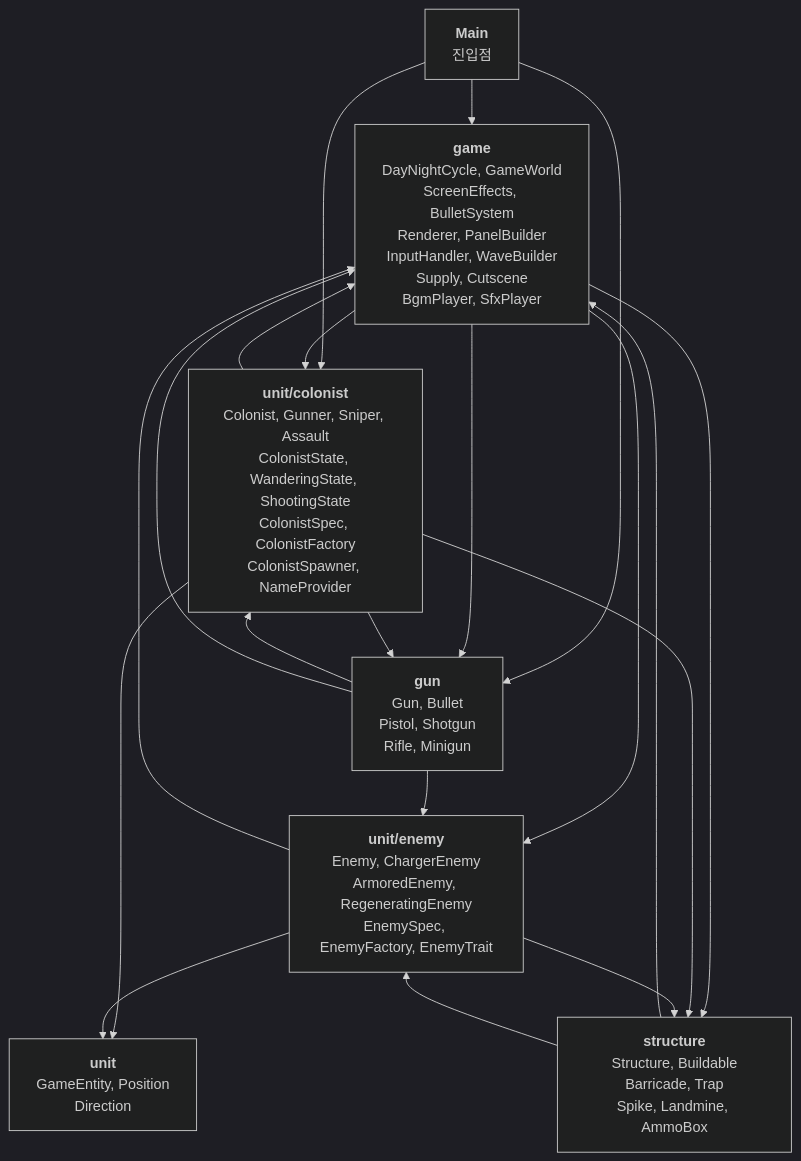
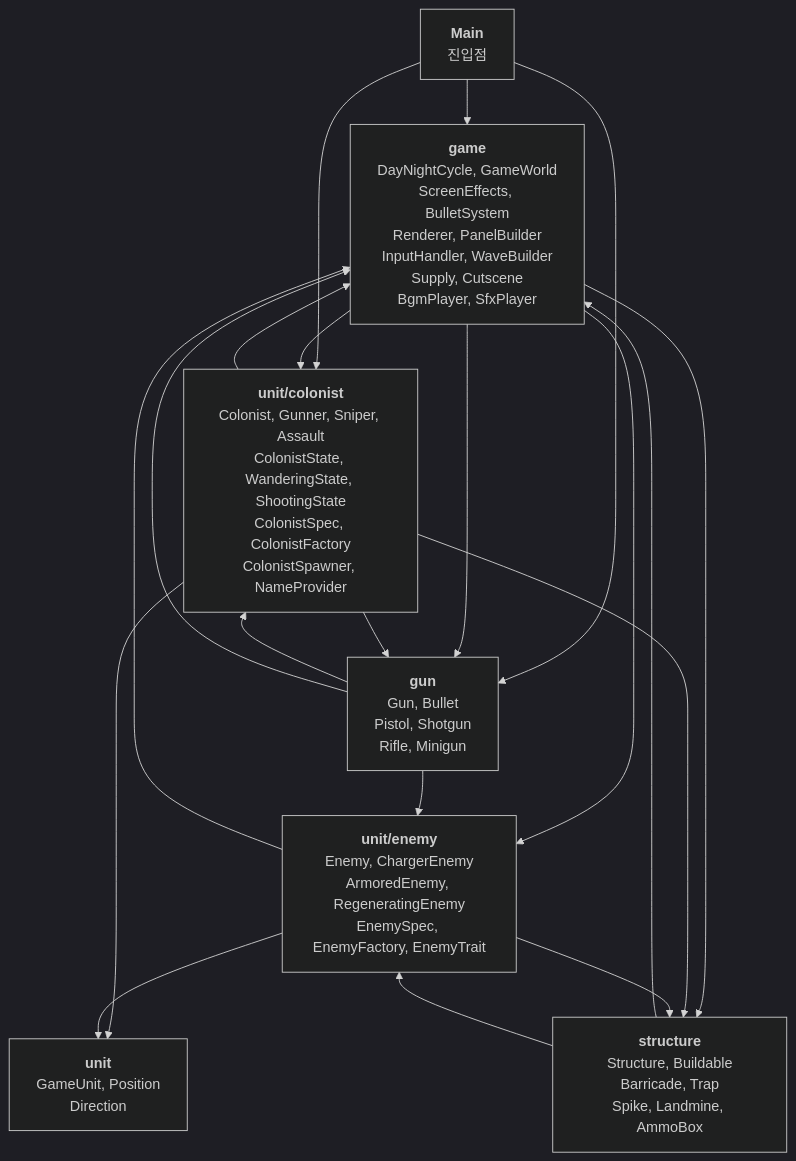
Diagram 18 of 18 in week6/CLAUDE.md (weweweme/teamnova_basic_class), drawn with Mermaid (dark theme) before and after one commit. The commit also changed other lines of this file and 3 other files, not shown here.

````diff
--- a/week6/CLAUDE.md
+++ b/week6/CLAUDE.md
@@ -559,35 +635,35 @@
 ```mermaid
 graph TB
     Main["<b>Main</b><br/>진입점"]
     game["<b>game</b><br/>DayNightCycle, GameWorld<br/>ScreenEffects, BulletSystem<br/>Renderer, PanelBuilder<br/>InputHandler, WaveBuilder<br/>Supply, Cutscene<br/>BgmPlayer, SfxPlayer"]
     colonist["<b>unit/colonist</b><br/>Colonist, Gunner, Sniper, Assault<br/>ColonistState, WanderingState, ShootingState<br/>ColonistSpec, ColonistFactory<br/>ColonistSpawner, NameProvider"]
     enemy["<b>unit/enemy</b><br/>Enemy, ChargerEnemy<br/>ArmoredEnemy, RegeneratingEnemy<br/>EnemySpec, EnemyFactory, EnemyTrait"]
     gun["<b>gun</b><br/>Gun, Bullet<br/>Pistol, Shotgun<br/>Rifle, Minigun"]
     structure["<b>structure</b><br/>Structure, Buildable<br/>Barricade, Trap<br/>Spike, Landmine, AmmoBox"]
-    unit["<b>unit</b><br/>GameEntity, Position<br/>Direction"]
+    unit["<b>unit</b><br/>GameUnit, Position<br/>Direction"]
 
     Main --> game
     Main --> colonist
     Main --> gun
 
     game --> colonist
     game --> enemy
     game --> gun
     game --> structure
 
     colonist --> unit
     colonist --> gun
     colonist --> structure
     colonist --> game
 
     enemy --> unit
     enemy --> structure
     enemy --> game
 
     gun --> colonist
     gun --> enemy
     gun --> game
 
     structure --> game
     structure --> enemy
 ```
````
